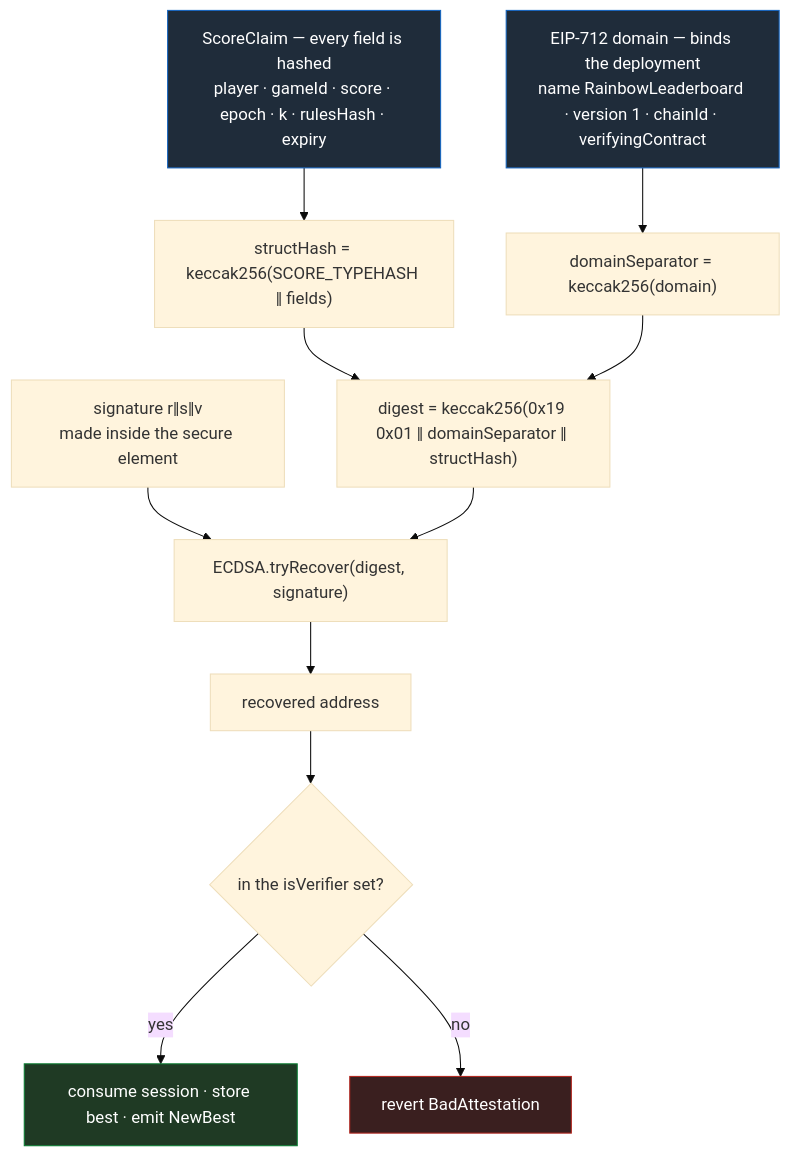
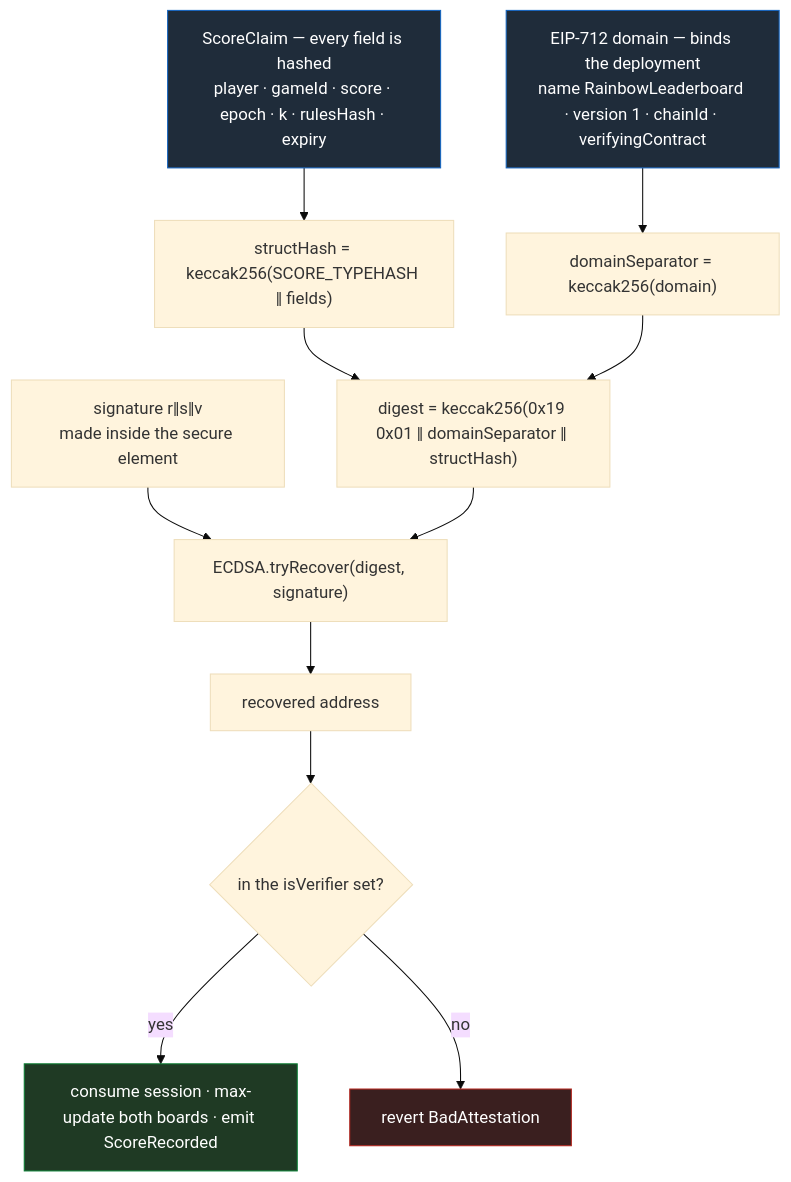
Before and after one commit to darwinsubramaniam/rainbow-polkadot: the fourth of 11 diagrams in docs/DEVELOPER-GUIDE.md, drawn with Mermaid (base theme). The commit also changed other lines of this file and 49 other files, not shown here.

First line of the commit message:
Add daily boards, and pin the SDK so a score can actually land

````diff
--- a/docs/DEVELOPER-GUIDE.md
+++ b/docs/DEVELOPER-GUIDE.md
@@ -213,22 +238,22 @@
 ```mermaid
 flowchart TB
     F["ScoreClaim — every field is hashed<br/>player · gameId · score · epoch · k · rulesHash · expiry"]
     D["EIP-712 domain — binds the deployment<br/>name RainbowLeaderboard · version 1 · chainId · verifyingContract"]
 
     F --> SH["structHash = keccak256(SCORE_TYPEHASH ‖ fields)"]
     D --> DS["domainSeparator = keccak256(domain)"]
     SH --> DG["digest = keccak256(0x19 0x01 ‖ domainSeparator ‖ structHash)"]
     DS --> DG
 
     SIG["signature r‖s‖v<br/>made inside the secure element"] --> R
     DG --> R["ECDSA.tryRecover(digest, signature)"]
     R --> A["recovered address"]
     A --> Q{"in the isVerifier set?"}
-    Q -->|yes| OK["consume session · store best · emit NewBest"]
+    Q -->|yes| OK["consume session · max-update both boards · emit ScoreRecorded"]
     Q -->|no| BAD["revert BadAttestation"]
 
     style OK fill:#1f3a24,stroke:#0a7d33,color:#fff
     style BAD fill:#3a1f1f,stroke:#b3261e,color:#fff
     style F fill:#1f2c3a,stroke:#1565c0,color:#fff
     style D fill:#1f2c3a,stroke:#1565c0,color:#fff
 ```
````
